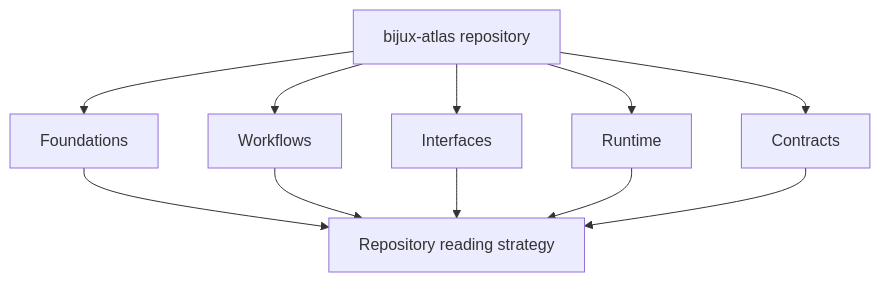
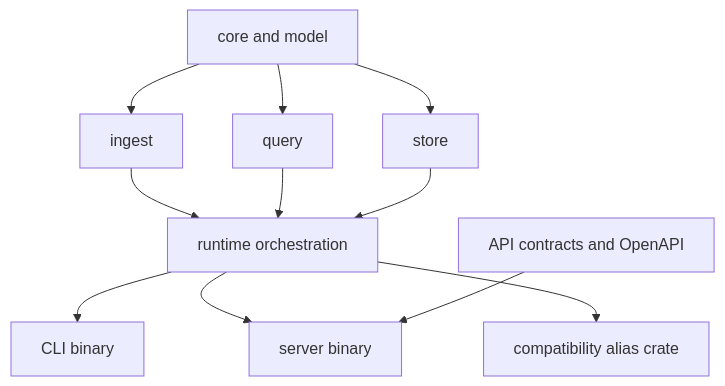
Before and after one commit to bijux/bijux-atlas: the second of 2 diagrams in docs/bijux-atlas/index.md, drawn with Mermaid. The commit also changed other lines of this file and 2 other files, not shown here.

Commit message:
docs(overview): present the Atlas release system

````diff
--- a/docs/bijux-atlas/index.md
+++ b/docs/bijux-atlas/index.md
@@ -14,13 +52,13 @@
 ```mermaid
-flowchart TD
-    Repo[bijux-atlas repository] --> Foundations[Foundations]
-    Repo --> Workflows[Workflows]
-    Repo --> Interfaces[Interfaces]
-    Repo --> Runtime[Runtime]
-    Repo --> Contracts[Contracts]
-    Foundations --> Truth[Repository reading strategy]
-    Workflows --> Truth
-    Interfaces --> Truth
-    Runtime --> Truth
-    Contracts --> Truth
+flowchart TB
+    Core[core and model] --> Ingest[ingest]
+    Core --> Query[query]
+    Core --> Store[store]
+    Ingest --> Runtime[runtime orchestration]
+    Query --> Runtime
+    Store --> Runtime
+    Runtime --> CLI[CLI binary]
+    Runtime --> Server[server binary]
+    API[API contracts and OpenAPI] --> Server
+    Runtime --> Compat[compatibility alias crate]
 ```
````
